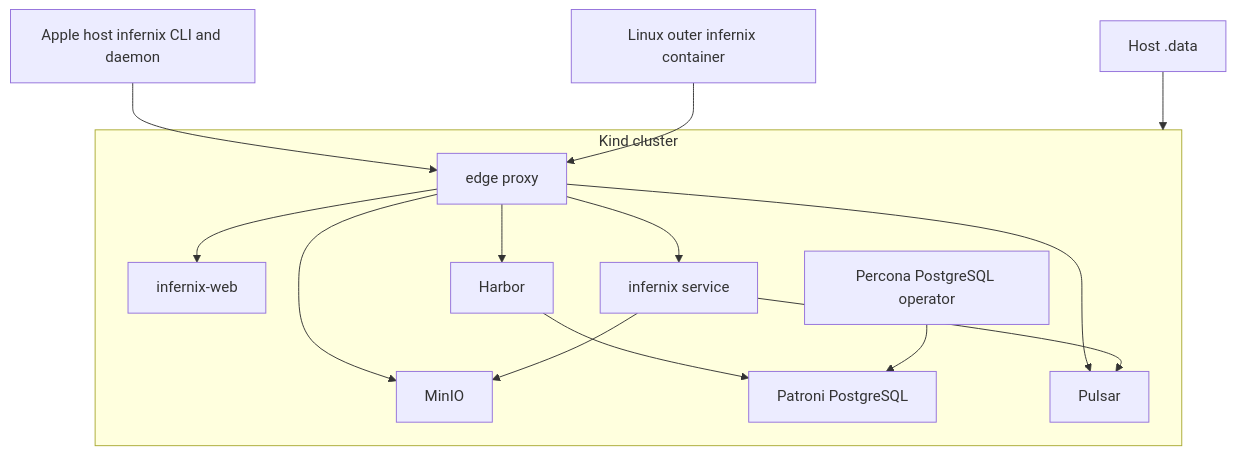
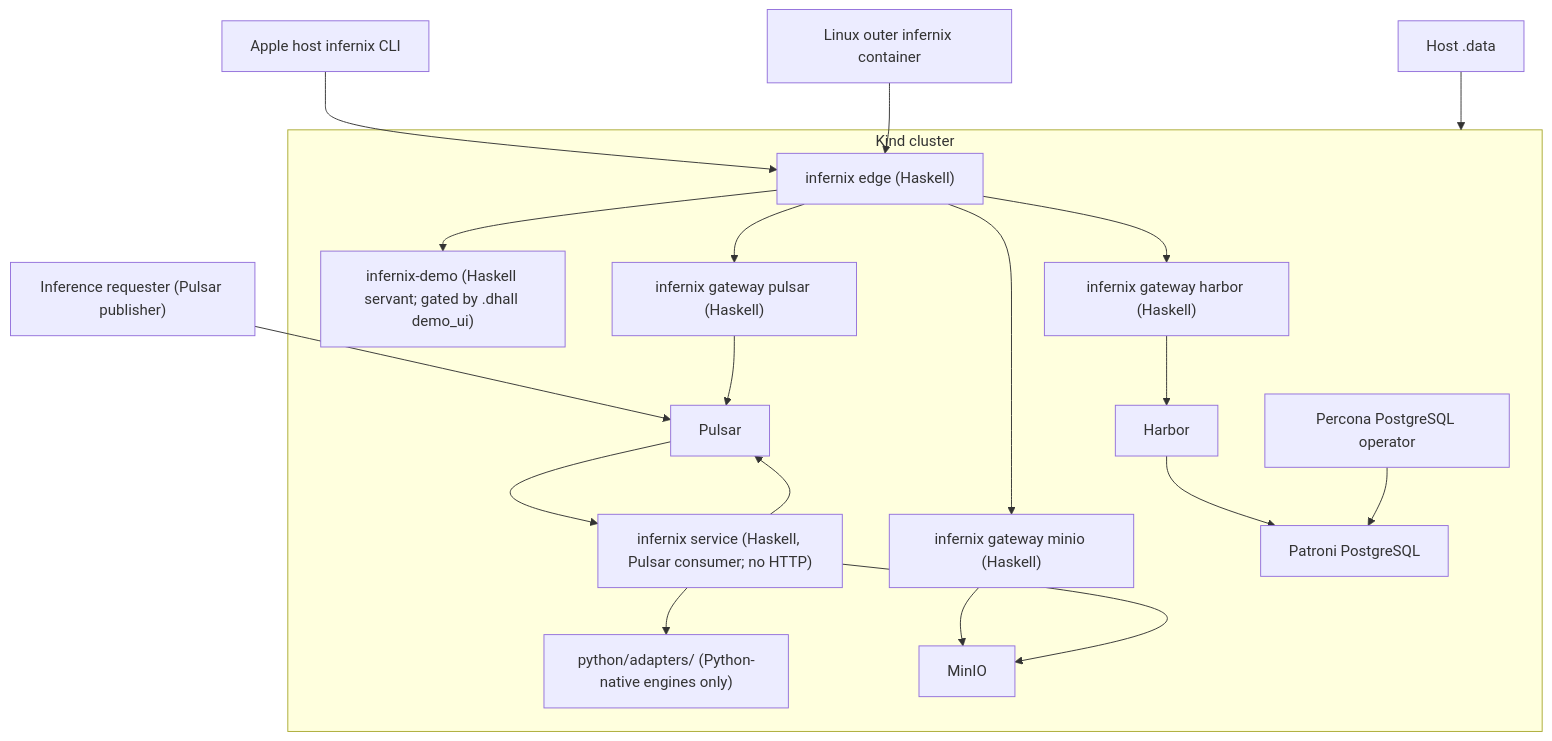
One commit to Tuee22/infernix changed the diagram in DEVELOPMENT_PLAN/00-overview.md. Above: the diagram before and after it, drawn with Mermaid. The commit also changed other lines of this file and 33 other files, not shown here.

````diff
--- a/DEVELOPMENT_PLAN/00-overview.md
+++ b/DEVELOPMENT_PLAN/00-overview.md
@@ -73,30 +91,40 @@
 ```mermaid
 flowchart TB
-    apple["Apple host infernix CLI and daemon"]
+    apple["Apple host infernix CLI"]
     linux["Linux outer infernix container"]
     data["Host .data"]
+    pulsarClient["Inference requester (Pulsar publisher)"]
 
     subgraph kind["Kind cluster"]
-        edge["edge proxy"]
-        web["infernix-web"]
-        service["infernix service"]
+        edge["infernix edge (Haskell)"]
+        demo["infernix-demo (Haskell servant; gated by .dhall demo_ui)"]
+        service["infernix service (Haskell, Pulsar consumer; no HTTP)"]
+        adapters["python/adapters/<engine> (Python-native engines only)"]
+        harborGw["infernix gateway harbor (Haskell)"]
+        minioGw["infernix gateway minio (Haskell)"]
+        pulsarGw["infernix gateway pulsar (Haskell)"]
         harbor["Harbor"]
         minio["MinIO"]
         pgop["Percona PostgreSQL operator"]
         postgres["Patroni PostgreSQL"]
         pulsar["Pulsar"]
     end
 
     apple --> edge
     linux --> edge
-    edge --> web
-    edge --> service
-    edge --> harbor
-    edge --> minio
-    edge --> pulsar
+    pulsarClient --> pulsar
+    edge --> demo
+    edge --> harborGw
+    edge --> minioGw
+    edge --> pulsarGw
+    harborGw --> harbor
+    minioGw --> minio
+    pulsarGw --> pulsar
     harbor --> postgres
     pgop --> postgres
+    pulsar --> service
+    service --> adapters
     service --> minio
     service --> pulsar
     data --> kind
 ```
````
